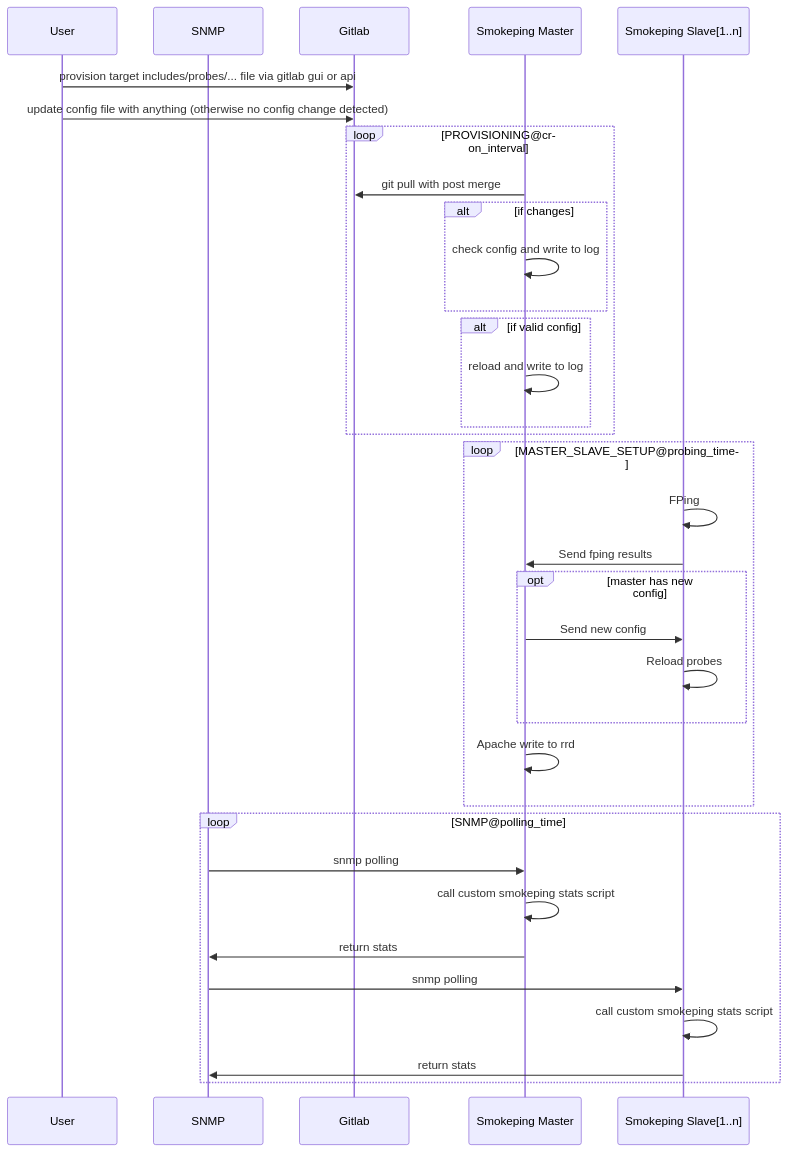
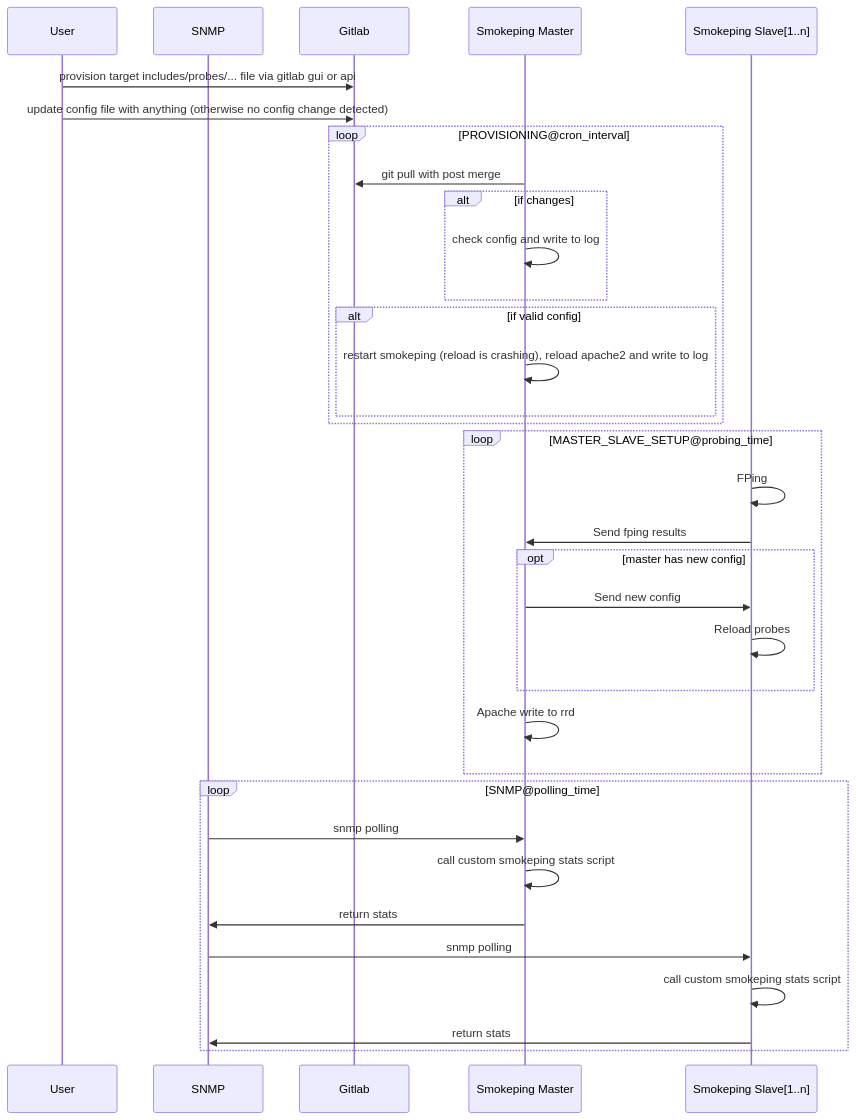
One commit to mzsombor/smokeping_scripts changed the diagram in README.md. Above: the diagram before and after it, drawn with Mermaid.

````diff
--- a/README.md
+++ b/README.md
@@ -3,37 +3,37 @@
 ```mermaid
 sequenceDiagram
     participant User;
     participant SNMP;
     participant Gitlab;
     participant SPM as Smokeping Master
     participant SPS as Smokeping Slave[1..n]
     User ->> Gitlab: provision target includes/probes/... file via gitlab gui or api
     User ->> Gitlab: update config file with anything (otherwise no config change detected)
     loop PROVISIONING@cron_interval
         SPM ->> Gitlab: git pull with post merge
         alt if changes
             SPM ->> SPM: check config and write to log
         end
         alt if valid config
-            SPM ->> SPM: reload and write to log
+            SPM ->> SPM: restart smokeping (reload is crashing), reload apache2 and write to log
         end
     end
     loop MASTER_SLAVE_SETUP@probing_time
         SPS->>SPS: FPing
         SPS->>SPM: Send fping results
         opt master has new config
             SPM ->> SPS: Send new config
             SPS ->> SPS: Reload probes
         end          
         SPM->>SPM: Apache write to rrd
     end
     loop SNMP@polling_time
         SNMP ->> SPM: snmp polling
         SPM ->> SPM: call custom smokeping stats script
         SPM ->> SNMP: return stats
         SNMP ->> SPS: snmp polling
         SPS ->> SPS: call custom smokeping stats script
         SPS ->> SNMP: return stats
     end
 
 ```
````
